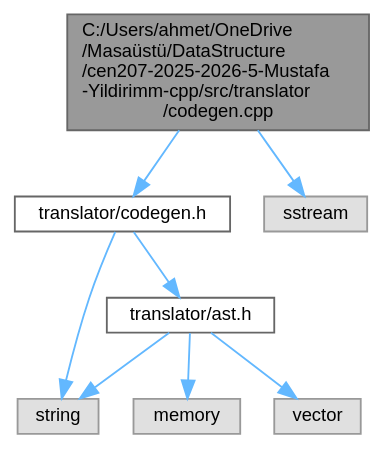
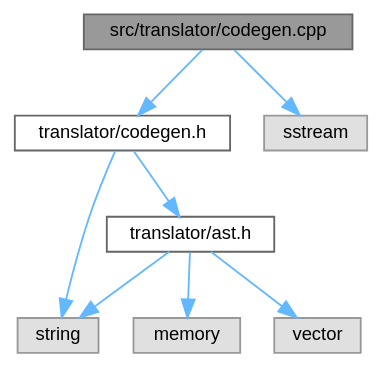
Before and after one commit to mustafayldrnn/cen207-2025-2026-5-Mustafa-Yildirimm-cpp: the diagram in docs/doxygenlibwin/rtf/codegen_8cpp__incl.dot, drawn with Graphviz. The commit also changed 861 other files, not shown here.

```diff
--- a/docs/doxygenlibwin/rtf/codegen_8cpp__incl.dot
+++ b/docs/doxygenlibwin/rtf/codegen_8cpp__incl.dot
@@ -1,22 +1,22 @@
-digraph "C:/Users/ahmet/OneDrive/Masaüstü/DataStructure/cen207-2025-2026-5-Mustafa-Yildirimm-cpp/src/translator/codegen.cpp"
+digraph "src/translator/codegen.cpp"
 {
  // INTERACTIVE_SVG=YES
  // LATEX_PDF_SIZE
   bgcolor="transparent";
   edge [fontname=Helvetica,fontsize=10,labelfontname=Helvetica,labelfontsize=10];
   node [fontname=Helvetica,fontsize=10,shape=box,height=0.2,width=0.4];
-  Node1 [id="Node000001",label="C:/Users/ahmet/OneDrive\l/Masaüstü/DataStructure\l/cen207-2025-2026-5-Mustafa\l-Yildirimm-cpp/src/translator\l/codegen.cpp",height=0.2,width=0.4,color="gray40", fillcolor="grey60", style="filled", fontcolor="black",tooltip=" "];
+  Node1 [id="Node000001",label="src/translator/codegen.cpp",height=0.2,width=0.4,color="gray40", fillcolor="grey60", style="filled", fontcolor="black",tooltip="AST'yi C++ kaynak koduna dönüştüren yordamların uygulaması."];
   Node1 -> Node2 [id="edge15_Node000001_Node000002",color="steelblue1",style="solid",tooltip=" "];
-  Node2 [id="Node000002",label="translator/codegen.h",height=0.2,width=0.4,color="grey40", fillcolor="white", style="filled",URL="$codegen_8h.html",tooltip=" "];
+  Node2 [id="Node000002",label="translator/codegen.h",height=0.2,width=0.4,color="grey40", fillcolor="white", style="filled",URL="$codegen_8h.html",tooltip="AST'ten C++ kodu üretimi için arabirim."];
   Node2 -> Node3 [id="edge16_Node000002_Node000003",color="steelblue1",style="solid",tooltip=" "];
   Node3 [id="Node000003",label="string",height=0.2,width=0.4,color="grey60", fillcolor="#E0E0E0", style="filled",tooltip=" "];
   Node2 -> Node4 [id="edge17_Node000002_Node000004",color="steelblue1",style="solid",tooltip=" "];
-  Node4 [id="Node000004",label="translator/ast.h",height=0.2,width=0.4,color="grey40", fillcolor="white", style="filled",URL="$ast_8h.html",tooltip=" "];
+  Node4 [id="Node000004",label="translator/ast.h",height=0.2,width=0.4,color="grey40", fillcolor="white", style="filled",URL="$ast_8h.html",tooltip="Basit ifade ve deyim ağaçları (AST) tanımları"];
   Node4 -> Node5 [id="edge18_Node000004_Node000005",color="steelblue1",style="solid",tooltip=" "];
   Node5 [id="Node000005",label="memory",height=0.2,width=0.4,color="grey60", fillcolor="#E0E0E0", style="filled",tooltip=" "];
   Node4 -> Node3 [id="edge19_Node000004_Node000003",color="steelblue1",style="solid",tooltip=" "];
   Node4 -> Node6 [id="edge20_Node000004_Node000006",color="steelblue1",style="solid",tooltip=" "];
   Node6 [id="Node000006",label="vector",height=0.2,width=0.4,color="grey60", fillcolor="#E0E0E0", style="filled",tooltip=" "];
   Node1 -> Node7 [id="edge21_Node000001_Node000007",color="steelblue1",style="solid",tooltip=" "];
   Node7 [id="Node000007",label="sstream",height=0.2,width=0.4,color="grey60", fillcolor="#E0E0E0", style="filled",tooltip=" "];
 }
```
